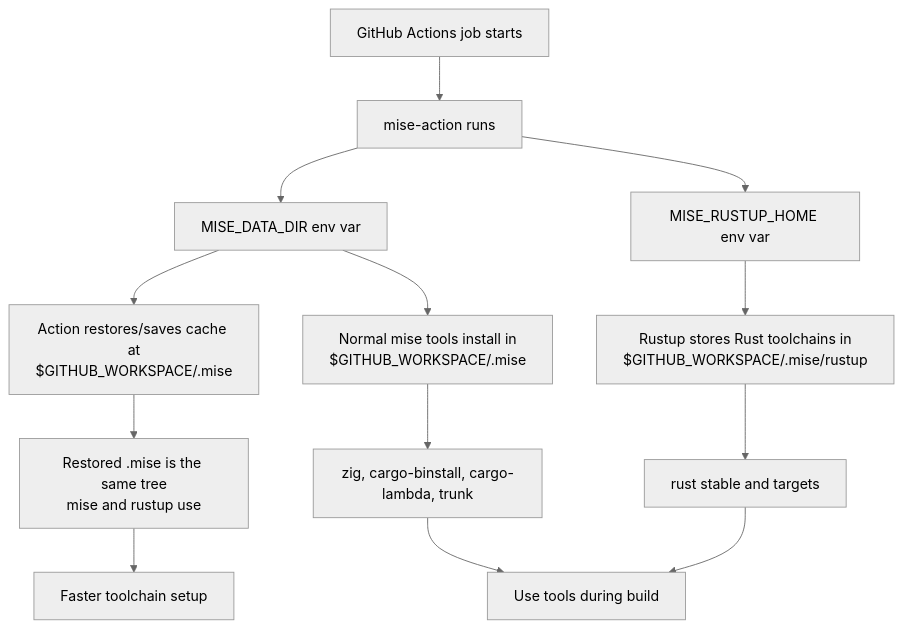
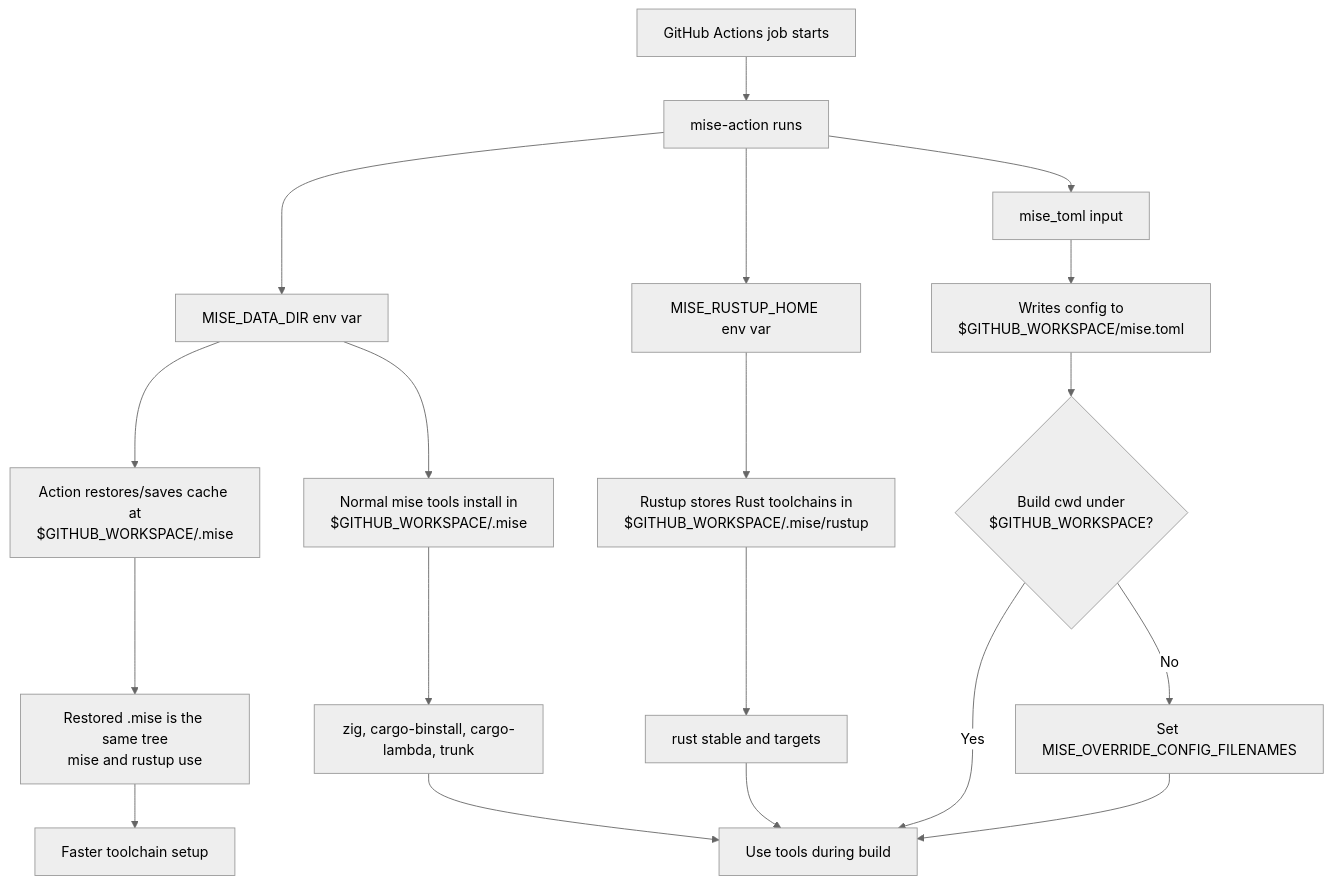
The diagram in docs/operations/mise-tool-setup.md (garysassano/cargo-ci-cache-archive), drawn with Mermaid (neutral theme) before and after one commit. The commit also changed other lines of this file, not shown here.

Commit message:
Document mise config discovery in CI

````diff
--- a/docs/operations/mise-tool-setup.md
+++ b/docs/operations/mise-tool-setup.md
@@ -87,20 +105,28 @@
 ```mermaid
 flowchart TD
     A[GitHub Actions job starts] --> B[mise-action runs]
 
     B --> C[MISE_DATA_DIR env var]
     C --> D[Action restores/saves cache at<br/>$GITHUB_WORKSPACE/.mise]
 
     C --> F[Normal mise tools install in<br/>$GITHUB_WORKSPACE/.mise]
     F --> G[zig, cargo-binstall, cargo-lambda, trunk]
 
     B --> H[MISE_RUSTUP_HOME env var]
     H --> I[Rustup stores Rust toolchains in<br/>$GITHUB_WORKSPACE/.mise/rustup]
     I --> J[rust stable and targets]
 
+    B --> O[mise_toml input]
+    O --> P[Writes config to<br/>$GITHUB_WORKSPACE/mise.toml]
+
+    P --> Q{Build cwd under<br/>$GITHUB_WORKSPACE?}
+    Q -->|Yes| K
+    Q -->|No| R[Set MISE_OVERRIDE_CONFIG_FILENAMES]
+    R --> K
+
     G --> K[Use tools during build]
     J --> K
 
     D --> L[Restored .mise is the same tree<br/>mise and rustup use]
     L --> M[Faster toolchain setup]
 ```
````
